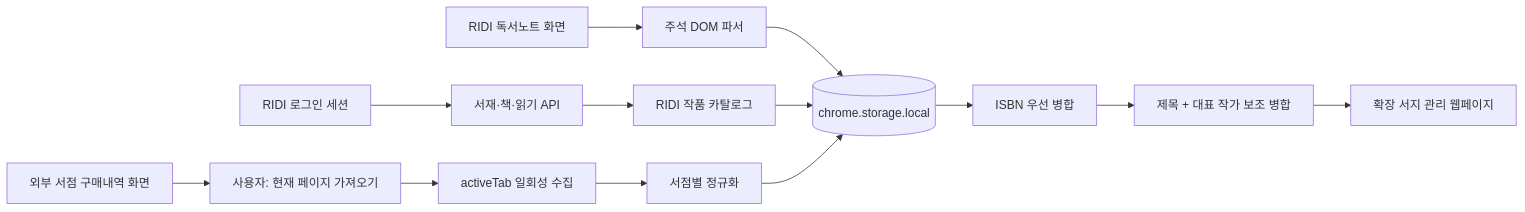
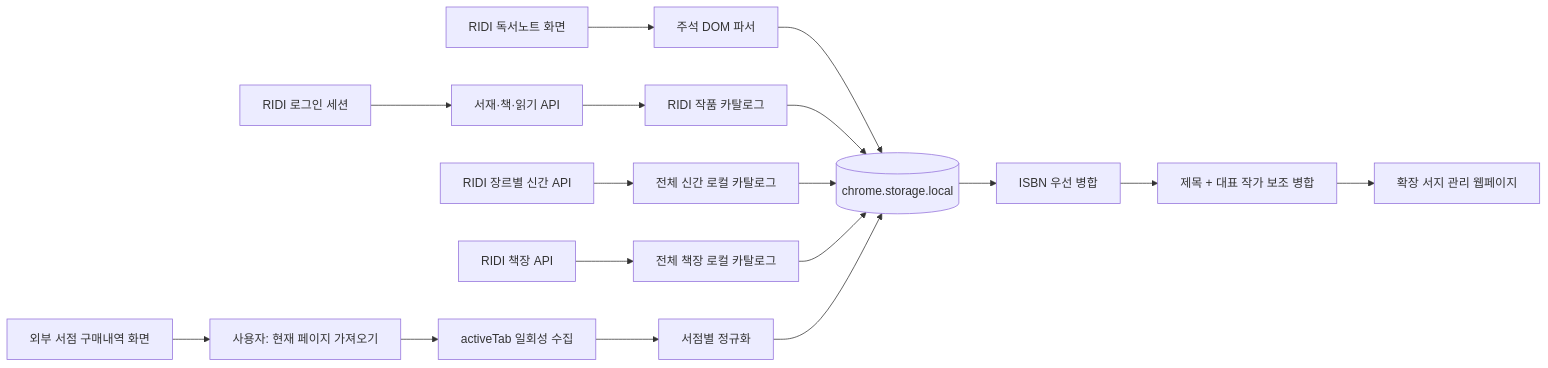
One commit to AnalDev/ridi-driller changed the diagram in docs/local-bibliography-architecture-2026-10-24.md. Above: the diagram before and after it, drawn with Mermaid. The commit also changed other lines of this file and 3 other files, not shown here.

````diff
--- a/docs/local-bibliography-architecture-2026-10-24.md
+++ b/docs/local-bibliography-architecture-2026-10-24.md
@@ -23,15 +25,19 @@
 ```mermaid
 flowchart LR
     R[RIDI 로그인 세션] --> A[서재·책·읽기 API]
     A --> C[RIDI 작품 카탈로그]
+    G[RIDI 장르별 신간 API] --> Q[전체 신간 로컬 카탈로그]
+    H[RIDI 책장 API] --> T[전체 책장 로컬 카탈로그]
     N[RIDI 독서노트 화면] --> P[주석 DOM 파서]
     P --> L[(chrome.storage.local)]
     S[외부 서점 구매내역 화면] --> U[사용자: 현재 페이지 가져오기]
     U --> X[activeTab 일회성 수집]
     X --> Z[서점별 정규화]
     C --> L
+    Q --> L
+    T --> L
     Z --> L
     L --> D[ISBN 우선 병합]
     D --> E[제목 + 대표 작가 보조 병합]
     E --> W[확장 서지 관리 웹페이지]
 ```
````
